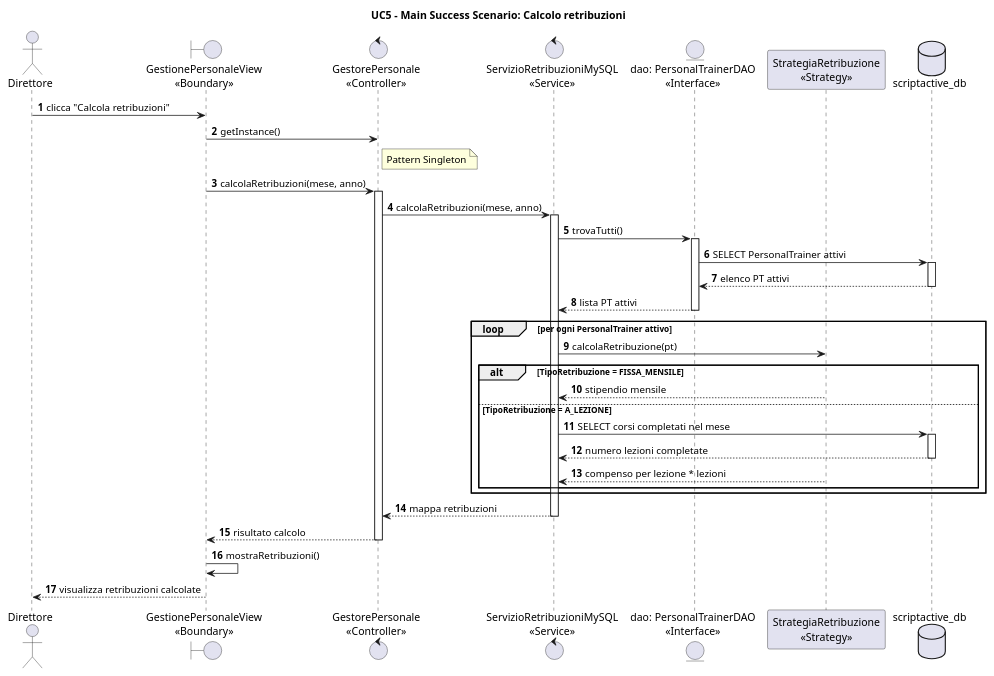
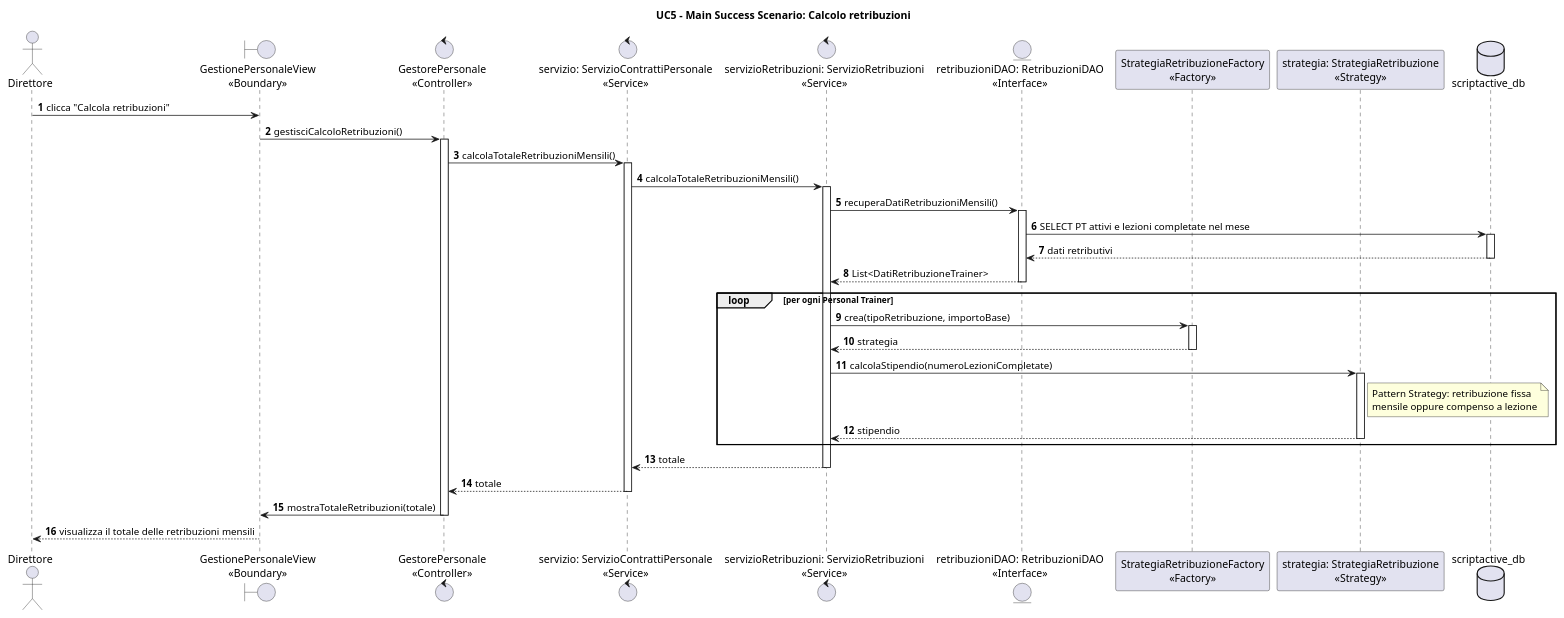
The fourth of 8 diagrams in ScriptActive/Documenti/08. Diagrammi di Sequenza/DSequenzaUC5.puml (svilu999/Progetto-ScriptActive), drawn with PlantUML before and after one commit. The commit also changed other lines of this file and 33 other files, not shown here.

First line of the commit message:
Allinea i diagrammi UML al codice attuale

```diff
--- a/ScriptActive/Documenti/08. Diagrammi di Sequenza/DSequenzaUC5.puml
+++ b/ScriptActive/Documenti/08. Diagrammi di Sequenza/DSequenzaUC5.puml
@@ -230,62 +284,63 @@
-@startuml SS4_CalcoloRetribuzioni
+@startuml DSequenzaUC5Main4
 title UC5 - Main Success Scenario: Calcolo retribuzioni
 
 autonumber
 
 actor "Direttore" as Direttore
 boundary "GestionePersonaleView\n<<Boundary>>" as View
 control "GestorePersonale\n<<Controller>>" as Controller
-control "ServizioRetribuzioniMySQL\n<<Service>>" as RetribuzioniService
-entity "dao: PersonalTrainerDAO\n<<Interface>>" as PTDAO
-participant "StrategiaRetribuzione\n<<Strategy>>" as Strategia
+control "servizio: ServizioContrattiPersonale\n<<Service>>" as Servizio
+control "servizioRetribuzioni: ServizioRetribuzioni\n<<Service>>" as RetribuzioniService
+entity "retribuzioniDAO: RetribuzioniDAO\n<<Interface>>" as RetDAO
+participant "StrategiaRetribuzioneFactory\n<<Factory>>" as Factory
+participant "strategia: StrategiaRetribuzione\n<<Strategy>>" as Strategia
 database "scriptactive_db" as DB
 
 Direttore -> View : clicca "Calcola retribuzioni"
 
-View -> Controller : getInstance()
-note right of Controller
-Pattern Singleton
-end note
-
-View -> Controller : calcolaRetribuzioni(mese, anno)
+View -> Controller : gestisciCalcoloRetribuzioni()
 activate Controller
 
-Controller -> RetribuzioniService : calcolaRetribuzioni(mese, anno)
+Controller -> Servizio : calcolaTotaleRetribuzioniMensili()
+activate Servizio
+
+Servizio -> RetribuzioniService : calcolaTotaleRetribuzioniMensili()
 activate RetribuzioniService
 
-RetribuzioniService -> PTDAO : trovaTutti()
-activate PTDAO
+RetribuzioniService -> RetDAO : recuperaDatiRetribuzioniMensili()
+activate RetDAO
+RetDAO -> DB : SELECT PT attivi e lezioni completate nel mese
+activate DB
+DB --> RetDAO : dati retributivi
+deactivate DB
+RetDAO --> RetribuzioniService : List<DatiRetribuzioneTrainer>
+deactivate RetDAO
 
-PTDAO -> DB : SELECT PersonalTrainer attivi
-activate DB
-DB --> PTDAO : elenco PT attivi
-deactivate DB
+loop per ogni Personal Trainer
+    RetribuzioniService -> Factory : crea(tipoRetribuzione, importoBase)
+    activate Factory
+    Factory --> RetribuzioniService : strategia
+    deactivate Factory
 
-PTDAO --> RetribuzioniService : lista PT attivi
-deactivate PTDAO
-
-loop per ogni PersonalTrainer attivo
-    RetribuzioniService -> Strategia : calcolaRetribuzione(pt)
-
-    alt TipoRetribuzione = FISSA_MENSILE
-        Strategia --> RetribuzioniService : stipendio mensile
-    else TipoRetribuzione = A_LEZIONE
-        RetribuzioniService -> DB : SELECT corsi completati nel mese
-        activate DB
-        DB --> RetribuzioniService : numero lezioni completate
-        deactivate DB
-
-        Strategia --> RetribuzioniService : compenso per lezione * lezioni
-    end
+    RetribuzioniService -> Strategia : calcolaStipendio(numeroLezioniCompletate)
+    activate Strategia
+    note right of Strategia
+    Pattern Strategy: retribuzione fissa
+    mensile oppure compenso a lezione
+    end note
+    Strategia --> RetribuzioniService : stipendio
+    deactivate Strategia
 end
 
-RetribuzioniService --> Controller : mappa retribuzioni
+RetribuzioniService --> Servizio : totale
 deactivate RetribuzioniService
 
-Controller --> View : risultato calcolo
+Servizio --> Controller : totale
+deactivate Servizio
+
+Controller -> View : mostraTotaleRetribuzioni(totale)
 deactivate Controller
 
-View -> View : mostraRetribuzioni()
-View --> Direttore : visualizza retribuzioni calcolate
+View --> Direttore : visualizza il totale delle retribuzioni mensili
 
 @enduml
```
